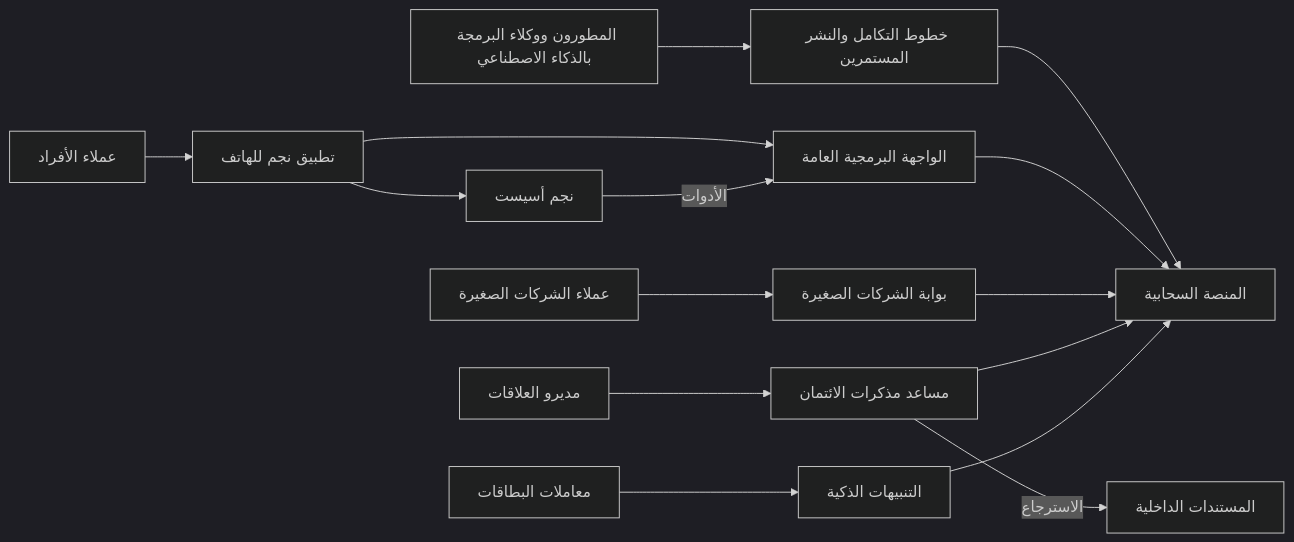
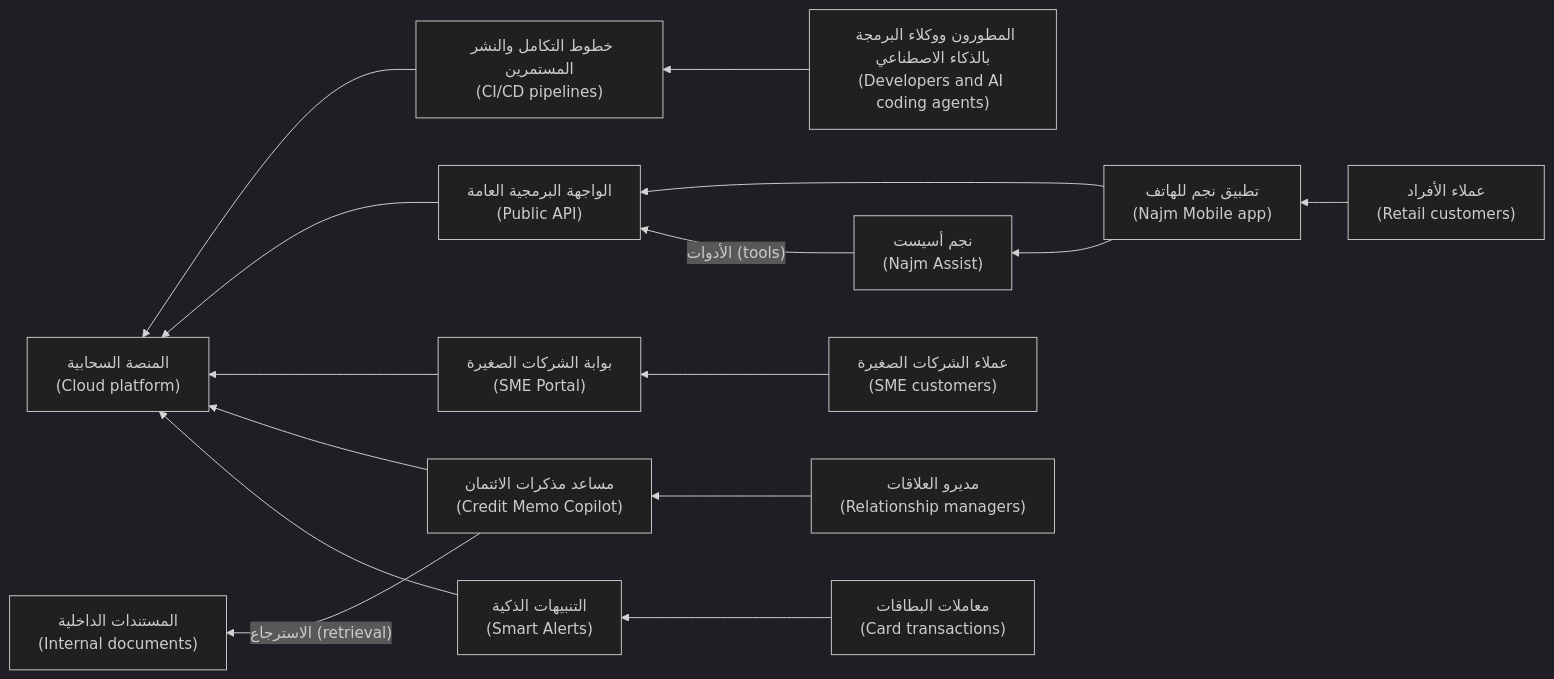
One commit to Tamoura/system-design-for-vibe-coders changed the third of 3 diagrams in secai/modules/00-orientation.ar.md. Above: the diagram before and after it, drawn with Mermaid (dark theme). The commit also changed other lines of this file and 11 other files, not shown here.

First line of the commit message:
Security course: Arabic modules 10–11 reviewed; RTL diagrams with English labels for modules 0–11

````diff
--- a/secai/modules/00-orientation.ar.md
+++ b/secai/modules/00-orientation.ar.md
@@ -551,17 +551,17 @@
 ```mermaid
-flowchart LR
-    RC["عملاء الأفراد"] --> NM["تطبيق نجم للهاتف"]
-    NM --> API["الواجهة البرمجية العامة"]
-    NM --> NA["نجم أسيست"]
-    NA -->|"الأدوات"| API
-    SC["عملاء الشركات الصغيرة"] --> SP["بوابة الشركات الصغيرة"]
-    RM["مديرو العلاقات"] --> CMC["مساعد مذكرات الائتمان"]
-    CMC -->|"الاسترجاع"| DOC["المستندات الداخلية"]
-    TX["معاملات البطاقات"] --> SA["التنبيهات الذكية"]
-    DEV["المطورون ووكلاء البرمجة بالذكاء الاصطناعي"] --> CI["خطوط التكامل والنشر المستمرين"]
-    CI --> CP["المنصة السحابية"]
+flowchart RL
+    RC["عملاء الأفراد<br/>(Retail customers)"] --> NM["تطبيق نجم للهاتف<br/>(Najm Mobile app)"]
+    NM --> API["الواجهة البرمجية العامة<br/>(Public API)"]
+    NM --> NA["نجم أسيست<br/>(Najm Assist)"]
+    NA -->|"الأدوات (tools)"| API
+    SC["عملاء الشركات الصغيرة<br/>(SME customers)"] --> SP["بوابة الشركات الصغيرة<br/>(SME Portal)"]
+    RM["مديرو العلاقات<br/>(Relationship managers)"] --> CMC["مساعد مذكرات الائتمان<br/>(Credit Memo Copilot)"]
+    CMC -->|"الاسترجاع (retrieval)"| DOC["المستندات الداخلية<br/>(Internal documents)"]
+    TX["معاملات البطاقات<br/>(Card transactions)"] --> SA["التنبيهات الذكية<br/>(Smart Alerts)"]
+    DEV["المطورون ووكلاء البرمجة بالذكاء الاصطناعي<br/>(Developers and AI coding agents)"] --> CI["خطوط التكامل والنشر المستمرين<br/>(CI/CD pipelines)"]
+    CI --> CP["المنصة السحابية<br/>(Cloud platform)"]
     API --> CP
     SP --> CP
     CMC --> CP
     SA --> CP
 ```
````
